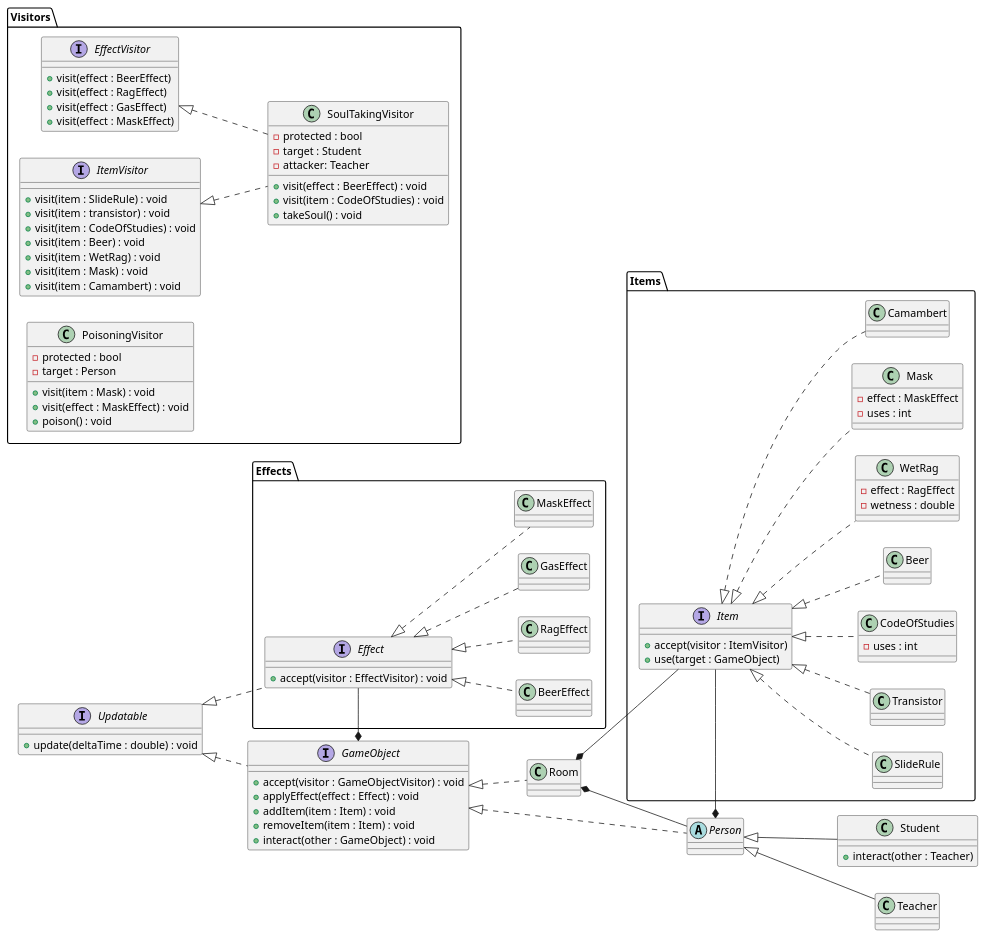
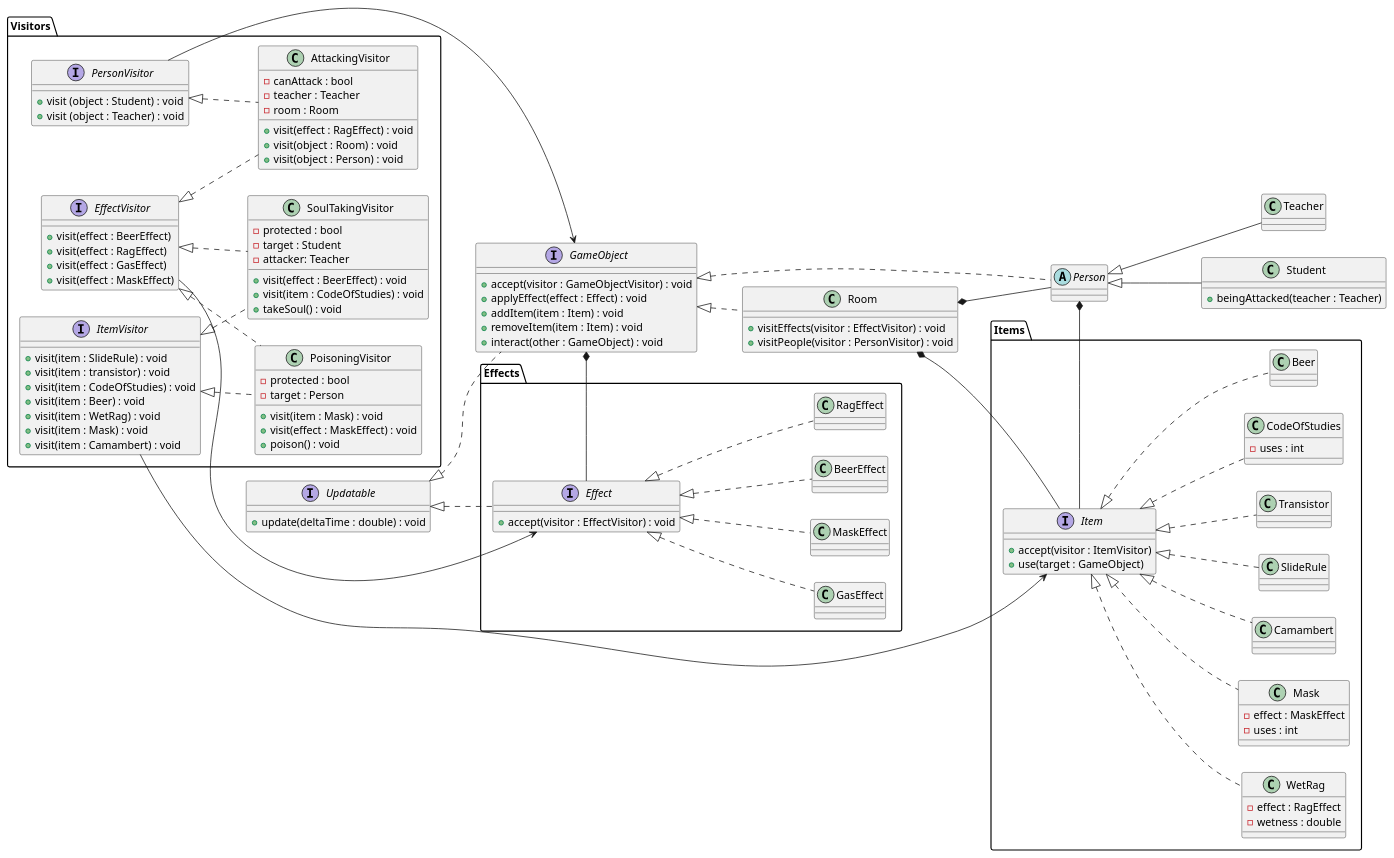
One commit to sn4k3ch4rm3r/logarlec changed the diagram in docs/diagrams/class/effects.puml. Above: the diagram before and after it, drawn with PlantUML. The commit also changed 4 other files, not shown here.

Commit message:
Added attacking sequence & updates

```diff
--- a/docs/diagrams/class/effects.puml
+++ b/docs/diagrams/class/effects.puml
@@ -1,134 +1,159 @@
 @startuml effects
 
 left to right direction
 
 interface Updatable {
 	+ update(deltaTime : double) : void
 }
 
 package Visitors {
 	interface EffectVisitor {
 		+ visit(effect : BeerEffect)
 		+ visit(effect : RagEffect)
 		+ visit(effect : GasEffect)
 		+ visit(effect : MaskEffect)
 	}
 	interface ItemVisitor {
 		+ visit(item : SlideRule) : void
 		+ visit(item : transistor) : void
 		+ visit(item : CodeOfStudies) : void
 		+ visit(item : Beer) : void
 		+ visit(item : WetRag) : void
 		+ visit(item : Mask) : void
 		+ visit(item : Camambert) : void
 	}
+	interface PersonVisitor {
+		+ visit (object : Student) : void
+		+ visit (object : Teacher) : void
+	}
 
 	class SoulTakingVisitor {
 		- protected : bool
 		- target : Student
 		- attacker: Teacher
 		+ visit(effect : BeerEffect) : void
 		+ visit(item : CodeOfStudies) : void
 		+ takeSoul() : void
 	}
 	class PoisoningVisitor {
 		- protected : bool
 		- target : Person
 		+ visit(item : Mask) : void
 		+ visit(effect : MaskEffect) : void
 		+ poison() : void
 	}
+	class AttackingVisitor {
+		- canAttack : bool
+		- teacher : Teacher
+		- room : Room
+		+ visit(effect : RagEffect) : void
+		+ visit(object : Room) : void
+		+ visit(object : Person) : void
+	}
 }
 
 interface GameObject {
 	+ accept(visitor : GameObjectVisitor) : void
 	+ applyEffect(effect : Effect) : void
 	+ addItem(item : Item) : void
 	+ removeItem(item : Item) : void
 	+ interact(other : GameObject) : void
 }
 
 abstract Person {
 }
 
 class Student {
-	+ interact(other : Teacher)
+	+ beingAttacked(teacher : Teacher)
 }
 class Teacher {
 	
 }
 
 
-class Room
+class Room {
+	+ visitEffects(visitor : EffectVisitor) : void
+	+ visitPeople(visitor : PersonVisitor) : void
+}
 
 package Items {
 	interface Item {
 		+ accept(visitor : ItemVisitor)
 		+ use(target : GameObject)
 	}
 	class SlideRule
 	class Transistor
 	class CodeOfStudies {
 		- uses : int
 	}
 	class Beer {
 	}
 	class WetRag {
 		- effect : RagEffect
 		- wetness : double
 	}
 	class Mask {
 		- effect : MaskEffect
 		- uses : int
 	}
 	class Camambert {
 	}
 }
 
 package Effects {
 	interface Effect {
 		+ accept(visitor : EffectVisitor) : void
 	}
 
 	class BeerEffect 
 	class RagEffect
 	class GasEffect
 	class MaskEffect
 }
 
 together {
 	Effect <|.- BeerEffect
 	Effect <|.- RagEffect
 	Effect <|.- GasEffect
 	Effect <|.- MaskEffect
 }
 
 together {
 	Item <|.- SlideRule
 	Item <|.- Transistor
 	Item <|.- CodeOfStudies
 	Item <|.- Beer
 	Item <|.- WetRag
 	Item <|.- Mask
 	Item <|.- Camambert
 }
 
 Updatable <|.- GameObject
 Updatable <|.- Effect
 GameObject <|.- Person
 GameObject <|.- Room
 Person <|-- Teacher
 Person <|-- Student
 
 
 GameObject *- Effect
 
 Room *-- Person
 Room *-- Item
 
 Person *- Item
 
 ItemVisitor <|.- SoulTakingVisitor
 EffectVisitor <|.- SoulTakingVisitor
 
+ItemVisitor <|.- PoisoningVisitor
+EffectVisitor <|.- PoisoningVisitor
+
+EffectVisitor <|.- AttackingVisitor
+PersonVisitor <|.- AttackingVisitor
+
+PersonVisitor ---> GameObject
+EffectVisitor ---> Effect
+ItemVisitor ---> Item
+
 @enduml
```
